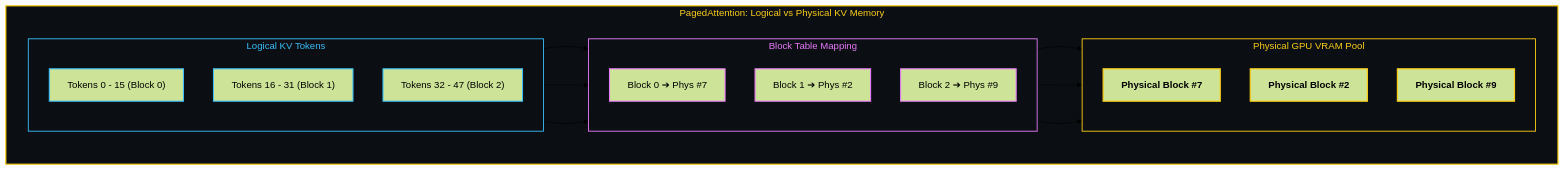
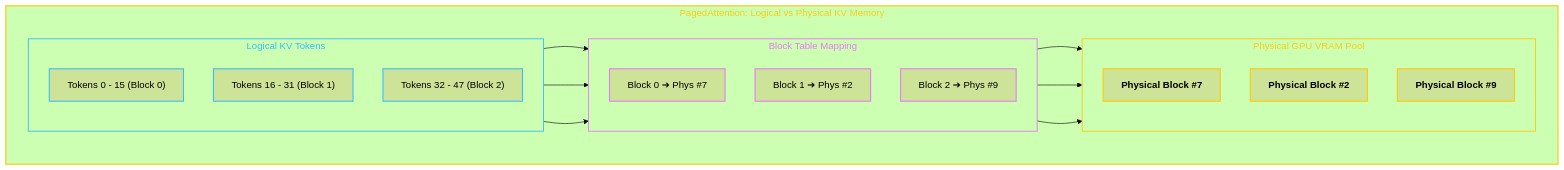
One commit to abhinavbharti2345/CS_Notes changed the diagram in BrainOS/09 - AI Infrastructure/Model Serving & Inference.md. Above: the diagram before and after it, drawn with Mermaid (forest theme). The commit also changed 26 other files, not shown here.

Commit message:
feat: initialize BrainOS knowledge base with foundational curriculum and roadmap notes

````diff
--- a/BrainOS/09 - AI Infrastructure/Model Serving & Inference.md
+++ b/BrainOS/09 - AI Infrastructure/Model Serving & Inference.md
@@ -26,42 +26,42 @@
 ```mermaid
 flowchart TD
     subgraph PAGED_ATTN ["PagedAttention: Logical vs Physical KV Memory"]
         direction LR
         subgraph LOGICAL ["Logical KV Tokens"]
             direction TB
             L1["Tokens 0 - 15 (Block 0)"]
             L2["Tokens 16 - 31 (Block 1)"]
             L3["Tokens 32 - 47 (Block 2)"]
         end
 
         subgraph TABLE ["Block Table Mapping"]
             direction TB
             T1["Block 0 ➔ Phys #7"]
             T2["Block 1 ➔ Phys #2"]
             T3["Block 2 ➔ Phys #9"]
         end
 
         subgraph PHYSICAL ["Physical GPU VRAM Pool"]
             direction TB
             P7["<b>Physical Block #7</b>"]
             P2["<b>Physical Block #2</b>"]
             P9["<b>Physical Block #9</b>"]
         end
 
         L1 & L2 & L3 --> TABLE
         TABLE --> P7 & P2 & P9
     end
 
-    style PAGED_ATTN fill:#0B0F14,stroke:#FACC15,stroke-width:2px,color:#FACC15
-    style LOGICAL fill:#0B0F14,stroke:#38BDF8,stroke-width:1.5px,color:#38BDF8
-    style TABLE fill:#0B0F14,stroke:#E879F9,stroke-width:1.5px,color:#E879F9
-    style PHYSICAL fill:#0B0F14,stroke:#FACC15,stroke-width:1.5px,color:#FACC15
+    style PAGED_ATTN stroke:#FACC15,stroke-width:2px,color:#FACC15
+    style LOGICAL stroke:#38BDF8,stroke-width:1.5px,color:#38BDF8
+    style TABLE stroke:#E879F9,stroke-width:1.5px,color:#E879F9
+    style PHYSICAL stroke:#FACC15,stroke-width:1.5px,color:#FACC15
 
     classDef logNode stroke:#38BDF8,stroke-width:1.8px;
     classDef tabNode stroke:#E879F9,stroke-width:1.8px;
     classDef physNode stroke:#FACC15,stroke-width:2px;
 
     class L1,L2,L3 logNode;
     class T1,T2,T3 tabNode;
     class P7,P2,P9 physNode;
 ```
````
